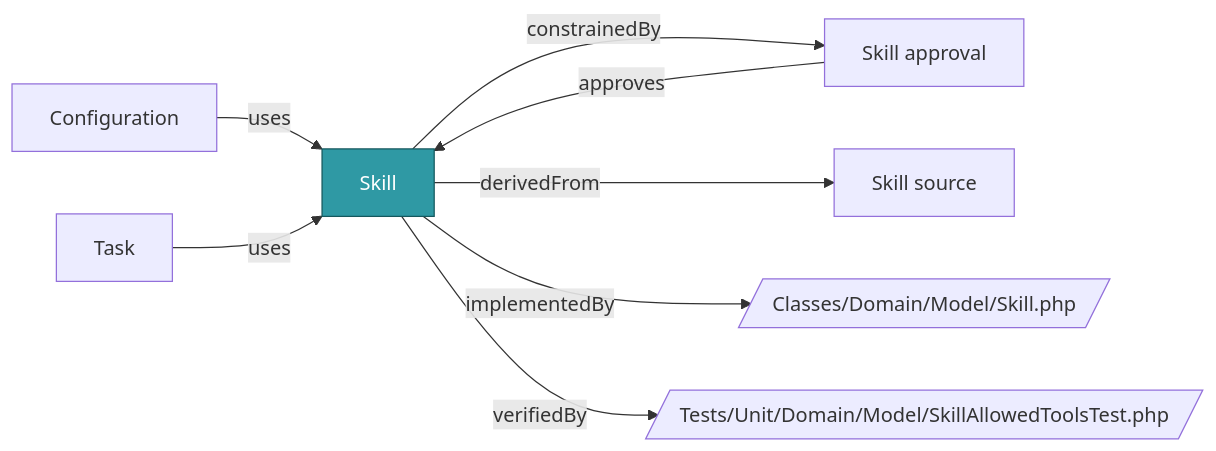
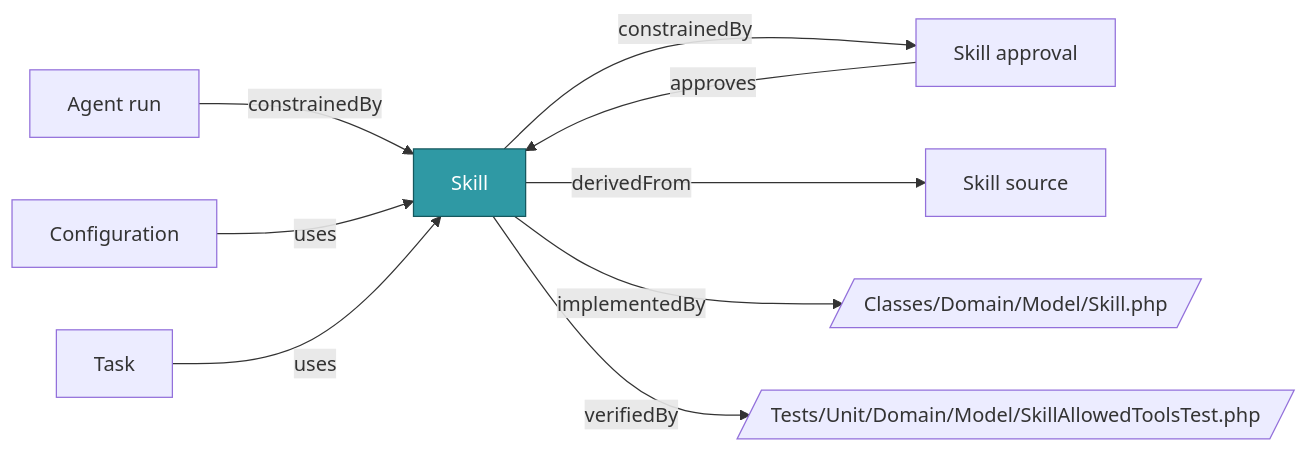
Before and after one commit to netresearch/t3x-nr-llm: the diagram in docs/ontology/concepts/skill.md, drawn with Mermaid. The commit also changed other lines of this file and 25 other files, not shown here.

````diff
--- a/docs/ontology/concepts/skill.md
+++ b/docs/ontology/concepts/skill.md
@@ -24,19 +24,21 @@
 ```mermaid
 flowchart LR
   c["Skill"]
   n1["Skill approval"]
   n2["Skill source"]
   n3[/"Classes/Domain/Model/Skill.php"/]
   n4[/"Tests/Unit/Domain/Model/SkillAllowedToolsTest.php"/]
-  n5["Configuration"]
-  n6["Task"]
+  n5["Agent run"]
+  n6["Configuration"]
+  n7["Task"]
   c -->|"constrainedBy"| n1
   c -->|"derivedFrom"| n2
   c -->|"implementedBy"| n3
   c -->|"verifiedBy"| n4
   n1 -->|"approves"| c
-  n5 -->|"uses"| c
+  n5 -->|"constrainedBy"| c
   n6 -->|"uses"| c
+  n7 -->|"uses"| c
   classDef focus fill:#2F99A4,stroke:#15585E,color:#ffffff
   class c focus
 ```
````
